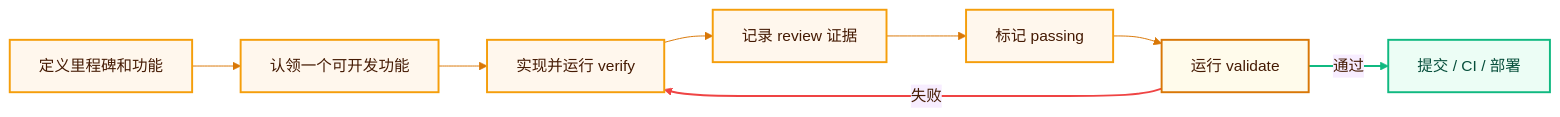
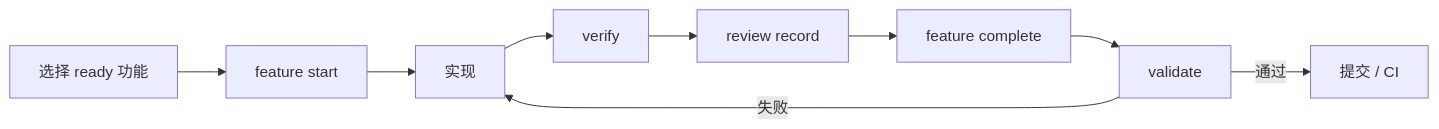
One commit to Caesarlo/SDLC-Harness-docs changed the diagram in index.mdx. Above: the diagram before and after it, drawn with Mermaid. The commit also changed other lines of this file and 3 other files, not shown here.

````diff
--- a/index.mdx
+++ b/index.mdx
@@ -62,19 +44,11 @@
 ```mermaid placement="top-right" actions={true}
-%%{init: {"flowchart": {"curve": "basis"}, "theme": "base", "themeVariables": {"fontFamily": "Inter, ui-sans-serif, system-ui, sans-serif", "primaryColor": "#FFF7ED", "primaryBorderColor": "#F59E0B", "primaryTextColor": "#451A03", "lineColor": "#D97706", "tertiaryColor": "#FFFBEB"}}}%%
 flowchart LR
-  A["定义里程碑和功能"] --> B["认领一个可开发功能"]
-  B --> C["实现并运行 verify"]
-  C --> D["记录 review 证据"]
-  D --> E["标记 passing"]
-  E --> F["运行 validate"]
-  F -->|"通过"| G["提交 / CI / 部署"]
-  F -->|"失败"| C
-  classDef brand fill:#FFF7ED,stroke:#F59E0B,color:#451A03,stroke-width:2px
-  classDef success fill:#ECFDF5,stroke:#10B981,color:#064E3B,stroke-width:2px
-  classDef decision fill:#FFFBEB,stroke:#D97706,color:#451A03,stroke-width:2px
-  class A,B,C,D,E brand
-  class F decision
-  class G success
-  linkStyle 5 stroke:#10B981,stroke-width:2px
-  linkStyle 6 stroke:#EF4444,stroke-width:2px
+  A["选择 ready 功能"] --> B["feature start"]
+  B --> C["实现"]
+  C --> D["verify"]
+  D --> E["review record"]
+  E --> F["feature complete"]
+  F --> G["validate"]
+  G -->|通过| H["提交 / CI"]
+  G -->|失败| C
 ```
````
